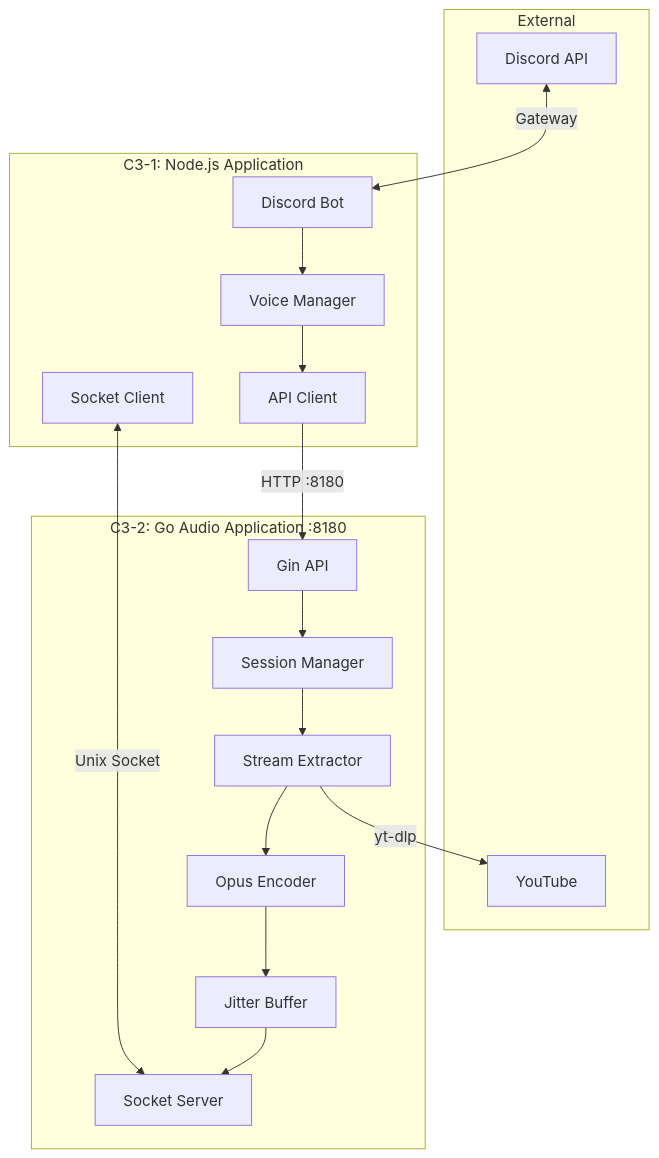
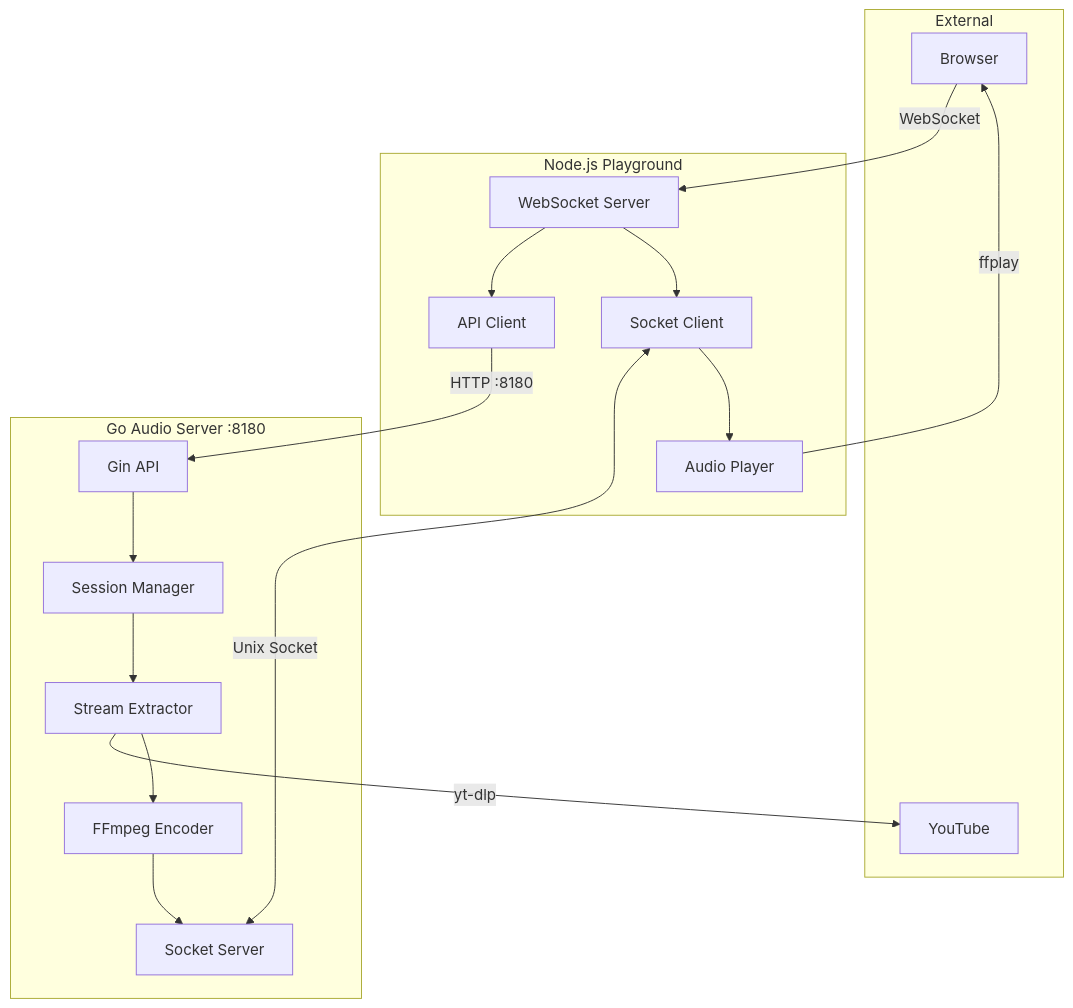
The first of 9 diagrams in .claude/skills/topic-planning/SKILL.md (thewind121212/natashi), drawn with Mermaid before and after one commit. The commit also changed other lines of this file and 3 other files, not shown here.

````diff
--- a/.claude/skills/topic-planning/SKILL.md
+++ b/.claude/skills/topic-planning/SKILL.md
@@ -21,30 +21,29 @@
 ```mermaid
 flowchart TB
     subgraph External["External"]
-        DISCORD[Discord API]
+        BROWSER[Browser]
         YOUTUBE[YouTube]
     end
 
-    subgraph C3_1["C3-1: Node.js Application"]
-        C101[Discord Bot]
-        C102[Voice Manager]
-        C104[API Client]
-        C105[Socket Client]
+    subgraph Playground["Node.js Playground"]
+        WS[WebSocket Server]
+        API_C[API Client]
+        SOCK_C[Socket Client]
+        PLAYER[Audio Player]
     end
 
-    subgraph C3_2["C3-2: Go Audio Application :8180"]
-        C201[Gin API]
-        C202[Session Manager]
-        C203[Stream Extractor]
-        C204[Opus Encoder]
-        C205[Jitter Buffer]
-        C206[Socket Server]
+    subgraph Go["Go Audio Server :8180"]
+        API[Gin API]
+        SESSION[Session Manager]
+        EXTRACT[Stream Extractor]
+        ENCODE[FFmpeg Encoder]
+        SOCKET[Socket Server]
     end
 
-    DISCORD <-->|Gateway| C101
-    C101 --> C102 --> C104
-    C104 -->|HTTP :8180| C201
-    C105 <-->|Unix Socket| C206
-    C201 --> C202 --> C203 -->|yt-dlp| YOUTUBE
-    C203 --> C204 --> C205 --> C206
+    BROWSER -->|WebSocket| WS
+    WS --> API_C -->|HTTP :8180| API
+    WS --> SOCK_C <-->|Unix Socket| SOCKET
+    SOCK_C --> PLAYER -->|ffplay| BROWSER
+    API --> SESSION --> EXTRACT -->|yt-dlp| YOUTUBE
+    EXTRACT --> ENCODE --> SOCKET
 ```
````
